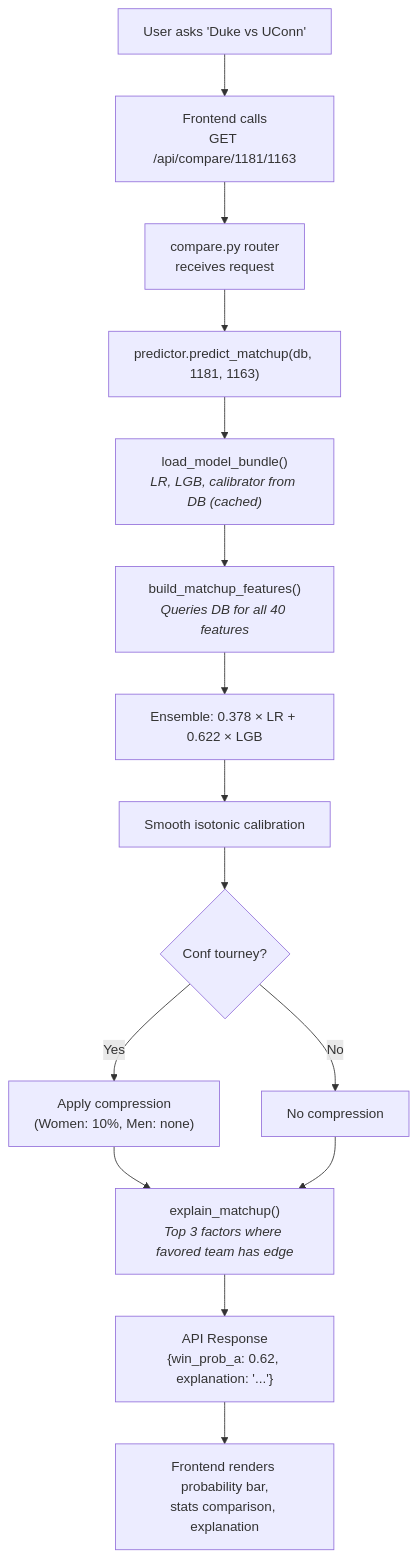
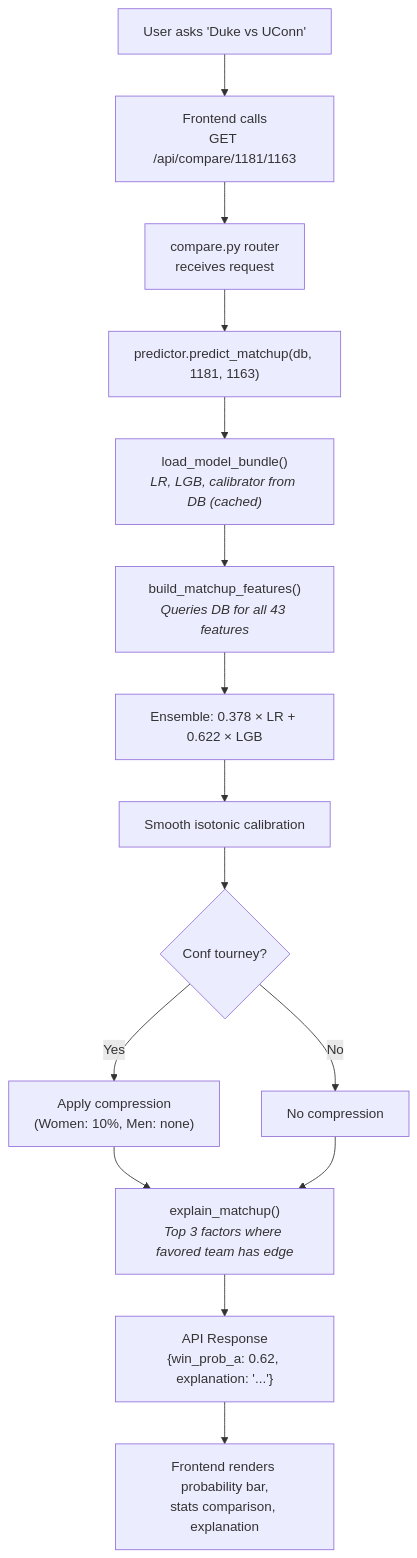
Before and after one commit to rapaugustino/ubunifu-madness: the fourth of 8 diagrams in docs/LEARNING_GUIDE.md, drawn with Mermaid. The commit also changed other lines of this file and 38 other files, not shown here.

````diff
--- a/docs/LEARNING_GUIDE.md
+++ b/docs/LEARNING_GUIDE.md
@@ -489,17 +491,17 @@
 ```mermaid
 flowchart TD
     A["User asks 'Duke vs UConn'"] --> B["Frontend calls<br/>GET /api/compare/1181/1163"]
     B --> C["compare.py router<br/>receives request"]
     C --> D["predictor.predict_matchup(db, 1181, 1163)"]
     D --> E["load_model_bundle()<br/><i>LR, LGB, calibrator from DB (cached)</i>"]
-    E --> F["build_matchup_features()<br/><i>Queries DB for all 40 features</i>"]
+    E --> F["build_matchup_features()<br/><i>Queries DB for all 43 features</i>"]
     F --> G["Ensemble: 0.378 × LR + 0.622 × LGB"]
     G --> H["Smooth isotonic calibration"]
     H --> I{"Conf tourney?"}
     I -- Yes --> J["Apply compression<br/>(Women: 10%, Men: none)"]
     I -- No --> K["No compression"]
     J --> L["explain_matchup()<br/><i>Top 3 factors where favored team has edge</i>"]
     K --> L
     L --> M["API Response<br/>{win_prob_a: 0.62, explanation: '...'}"]
     M --> N["Frontend renders probability bar,<br/>stats comparison, explanation"]
 ```
````
